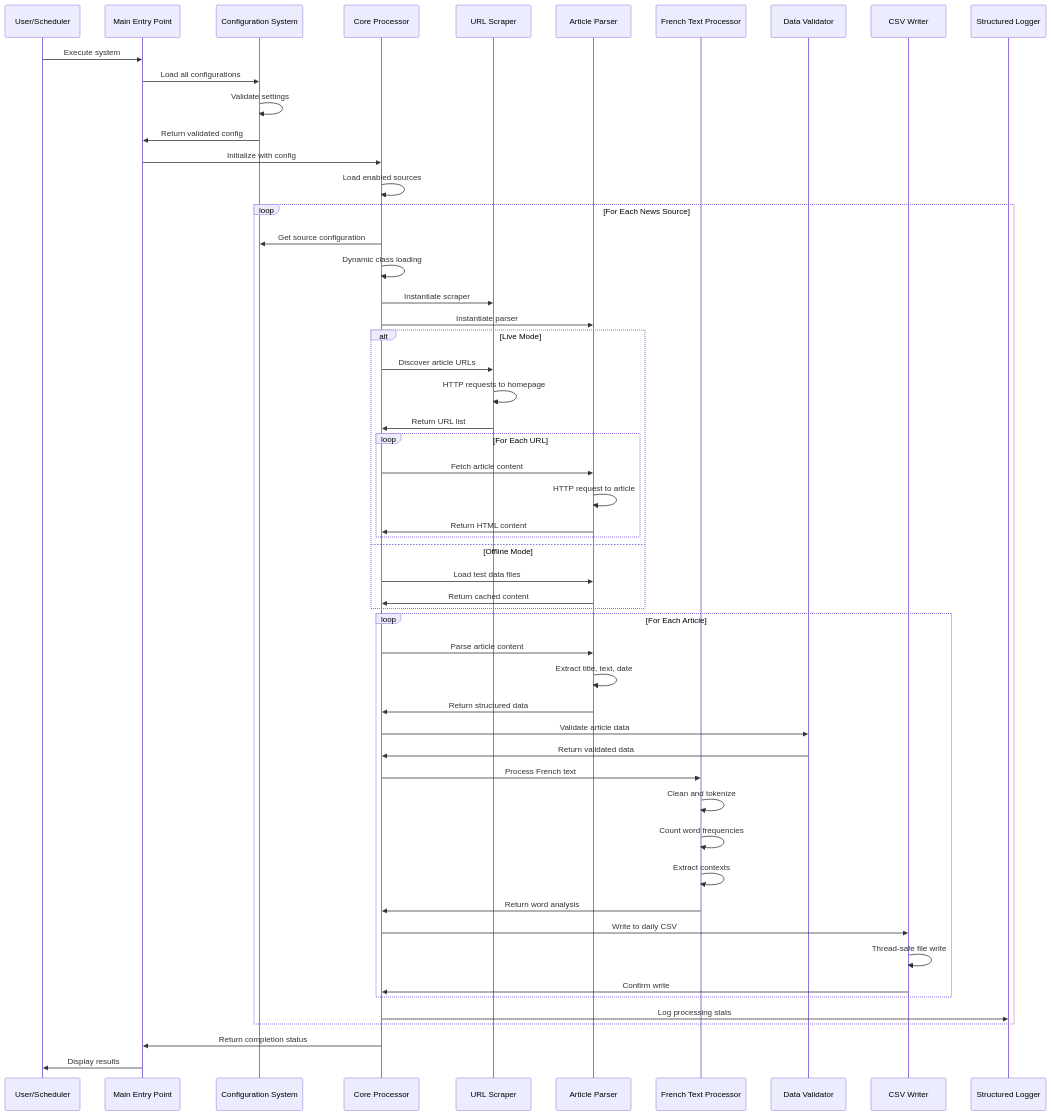
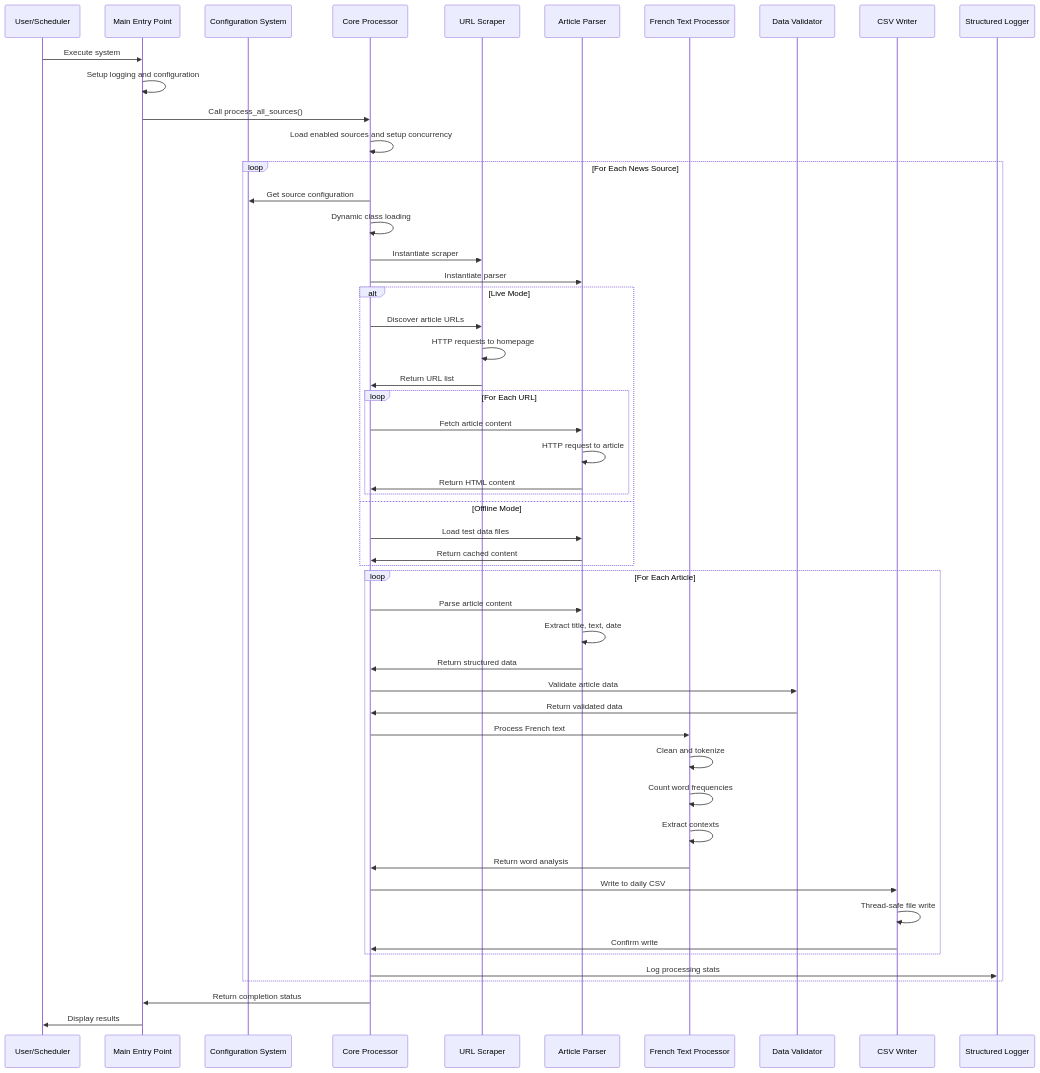
One commit to roba7o/publicite_francais changed the third of 12 diagrams in documentation/00-System-Architecture.md. Above: the diagram before and after it, drawn with Mermaid. The commit also changed 3 other files, not shown here.

````diff
--- a/documentation/00-System-Architecture.md
+++ b/documentation/00-System-Architecture.md
@@ -153,67 +153,64 @@
 ```mermaid
 sequenceDiagram
     participant User as User/Scheduler
     participant Main as Main Entry Point
     participant Config as Configuration System
     participant Processor as Core Processor
     participant Scraper as URL Scraper
     participant Parser as Article Parser
     participant TextProc as French Text Processor
     participant Validator as Data Validator
     participant CSVWriter as CSV Writer
     participant Logger as Structured Logger
     
     User->>Main: Execute system
-    Main->>Config: Load all configurations
-    Config->>Config: Validate settings
-    Config->>Main: Return validated config
-    
-    Main->>Processor: Initialize with config
-    Processor->>Processor: Load enabled sources
+    Main->>Main: Setup logging and configuration
+    Main->>Processor: Call process_all_sources()
+    Processor->>Processor: Load enabled sources and setup concurrency
     
     loop For Each News Source
         Processor->>Config: Get source configuration
         Processor->>Processor: Dynamic class loading
         Processor->>Scraper: Instantiate scraper
         Processor->>Parser: Instantiate parser
         
         alt Live Mode
             Processor->>Scraper: Discover article URLs
             Scraper->>Scraper: HTTP requests to homepage
             Scraper->>Processor: Return URL list
             
             loop For Each URL
                 Processor->>Parser: Fetch article content
                 Parser->>Parser: HTTP request to article
                 Parser->>Processor: Return HTML content
             end
         else Offline Mode
             Processor->>Parser: Load test data files
             Parser->>Processor: Return cached content
         end
         
         loop For Each Article
             Processor->>Parser: Parse article content
             Parser->>Parser: Extract title, text, date
             Parser->>Processor: Return structured data
             
             Processor->>Validator: Validate article data
             Validator->>Processor: Return validated data
             
             Processor->>TextProc: Process French text
             TextProc->>TextProc: Clean and tokenize
             TextProc->>TextProc: Count word frequencies
             TextProc->>TextProc: Extract contexts
             TextProc->>Processor: Return word analysis
             
             Processor->>CSVWriter: Write to daily CSV
             CSVWriter->>CSVWriter: Thread-safe file write
             CSVWriter->>Processor: Confirm write
         end
         
         Processor->>Logger: Log processing stats
     end
     
     Processor->>Main: Return completion status
     Main->>User: Display results
 ```
````
